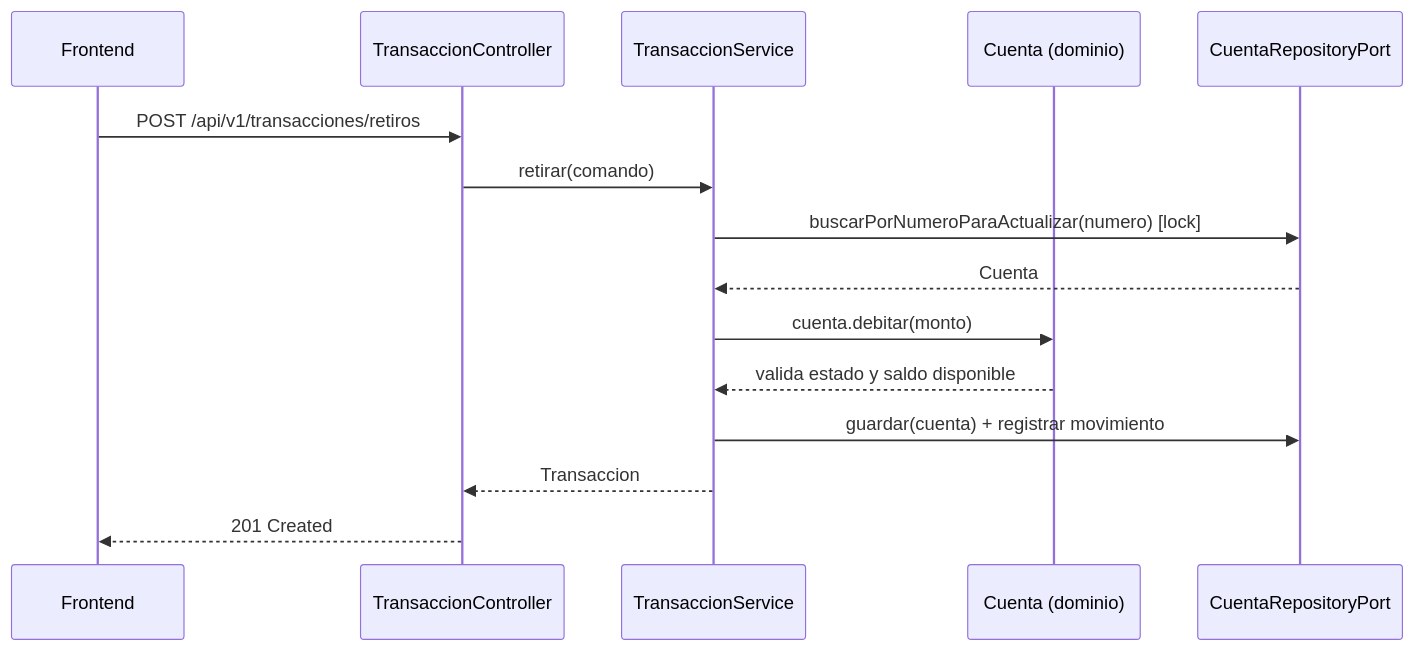
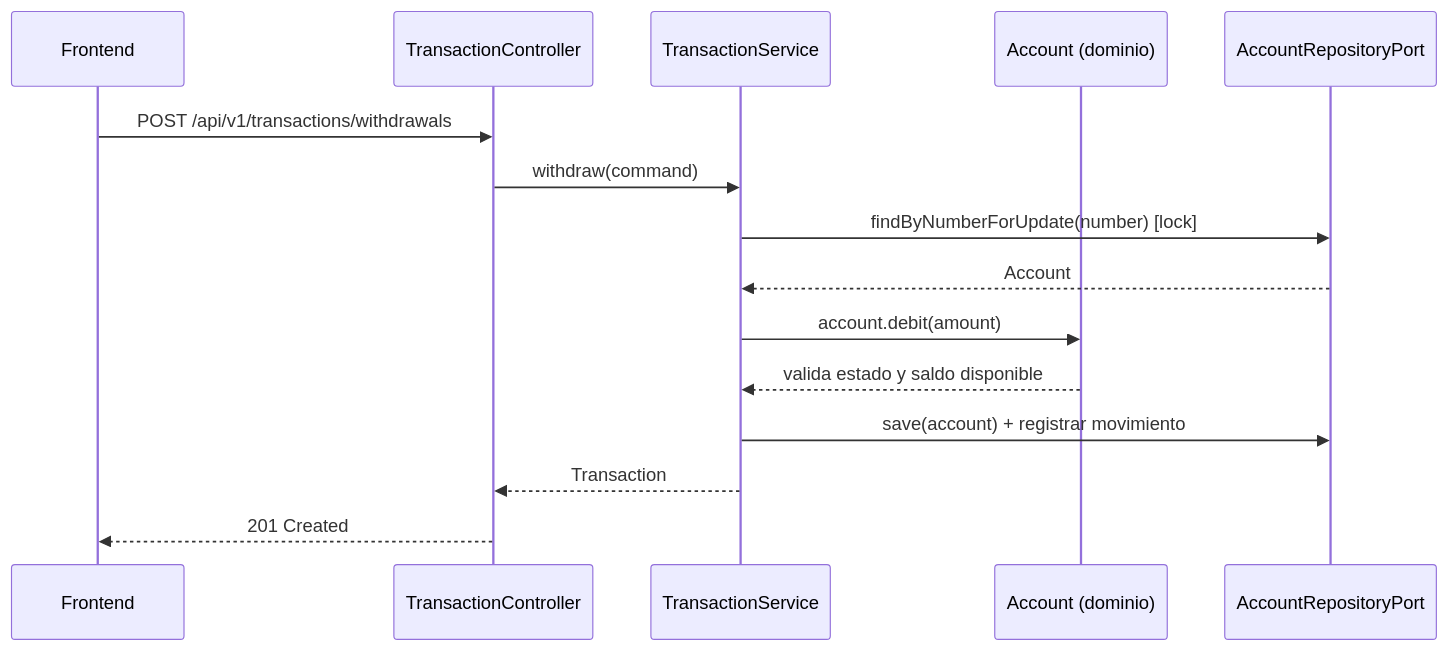
Before and after one commit to Sofialjure/prueba-tecnica-entidad-financiera: the third of 3 diagrams in docs/02-arquitectura.md, drawn with Mermaid. The commit also changed other lines of this file and 8 other files, not shown here.

````diff
--- a/docs/02-arquitectura.md
+++ b/docs/02-arquitectura.md
@@ -73,17 +73,17 @@
 ```mermaid
 sequenceDiagram
     participant FE as Frontend
-    participant C as TransaccionController
-    participant S as TransaccionService
-    participant D as Cuenta (dominio)
-    participant P as CuentaRepositoryPort
-    FE->>C: POST /api/v1/transacciones/retiros
-    C->>S: retirar(comando)
-    S->>P: buscarPorNumeroParaActualizar(numero) [lock]
-    P-->>S: Cuenta
-    S->>D: cuenta.debitar(monto)
+    participant C as TransactionController
+    participant S as TransactionService
+    participant D as Account (dominio)
+    participant P as AccountRepositoryPort
+    FE->>C: POST /api/v1/transactions/withdrawals
+    C->>S: withdraw(command)
+    S->>P: findByNumberForUpdate(number) [lock]
+    P-->>S: Account
+    S->>D: account.debit(amount)
     D-->>S: valida estado y saldo disponible
-    S->>P: guardar(cuenta) + registrar movimiento
-    S-->>C: Transaccion
+    S->>P: save(account) + registrar movimiento
+    S-->>C: Transaction
     C-->>FE: 201 Created
 ```
````
